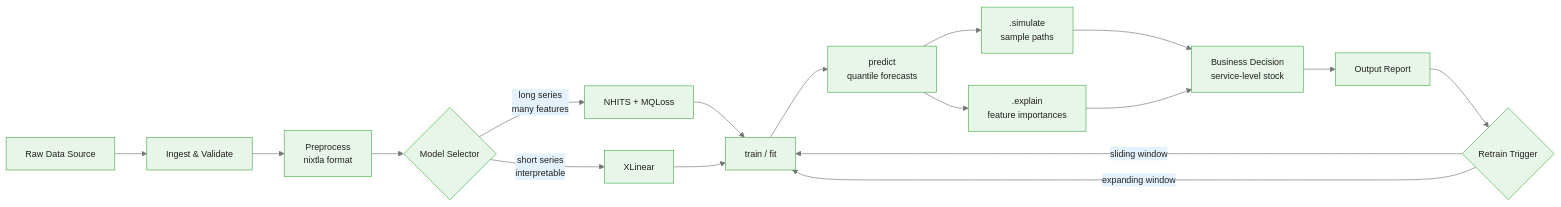
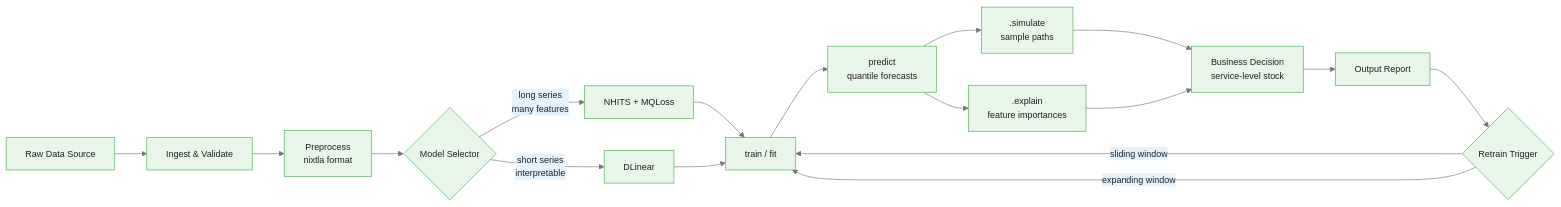
One commit to m-deane/course-creator changed the first of 2 diagrams in courses/time-series-forecasting-neuralforecast/modules/module_06_production_patterns/guides/01_production_pipeline.md. Above: the diagram before and after it, drawn with Mermaid. The commit also changed other lines of this file and 56 other files, not shown here.

````diff
--- a/courses/time-series-forecasting-neuralforecast/modules/module_06_production_patterns/guides/01_production_pipeline.md
+++ b/courses/time-series-forecasting-neuralforecast/modules/module_06_production_patterns/guides/01_production_pipeline.md
@@ -14,20 +14,20 @@
 ```mermaid
 %%{init: {"theme": "base", "themeVariables": {"primaryColor": "#e8f5e9", "primaryBorderColor": "#4caf50", "primaryTextColor": "#212121", "secondaryColor": "#e3f2fd", "tertiaryColor": "#fff8e1", "lineColor": "#757575", "fontFamily": "Inter, sans-serif", "fontSize": "14px"}}}%%
 flowchart LR
     A[Raw Data Source] --> B[Ingest & Validate]
     B --> C[Preprocess\nnixtla format]
     C --> D{Model Selector}
     D -->|long series\nmany features| E[NHITS + MQLoss]
-    D -->|short series\ninterpretable| F[XLinear]
+    D -->|short series\ninterpretable| F[DLinear]
     E --> G[train / fit]
     F --> G
     G --> H[predict\nquantile forecasts]
     H --> I[.simulate\nsample paths]
     H --> J[.explain\nfeature importances]
     I --> K[Business Decision\nservice-level stock]
     J --> K
     K --> L[Output Report]
     L --> M{Retrain Trigger}
     M -->|sliding window| G
     M -->|expanding window| G
 ```
````
